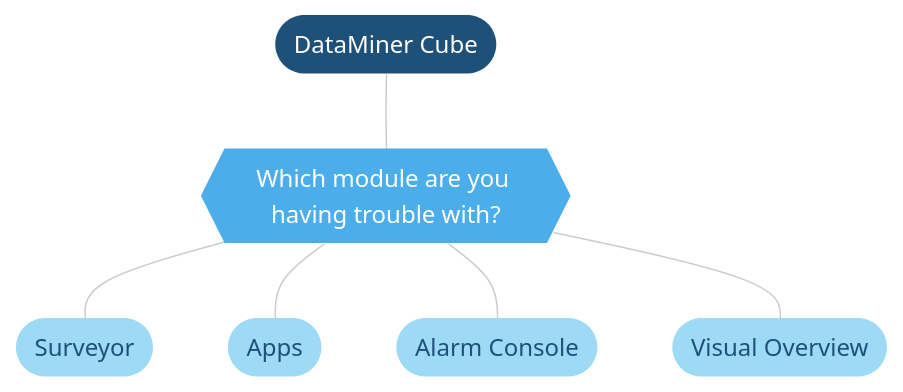
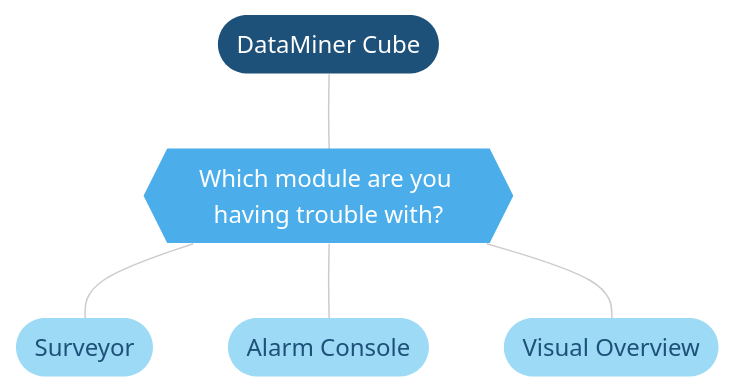
Before and after one commit to SkylineCommunications/dataminer-docs: the diagram in dataminer/Troubleshooting/Troubleshooting_Flowcharts/Troubleshooting_Identify_Per_Module/Troubleshooting_Identify_Per_Module.md, drawn with Mermaid. The commit also changed other lines of this file and 113 other files, not shown here.

````diff
--- a/dataminer/Troubleshooting/Troubleshooting_Flowcharts/Troubleshooting_Identify_Per_Module/Troubleshooting_Identify_Per_Module.md
+++ b/dataminer/Troubleshooting/Troubleshooting_Flowcharts/Troubleshooting_Identify_Per_Module/Troubleshooting_Identify_Per_Module.md
@@ -12,34 +12,31 @@
 ```mermaid
 flowchart TD
 %% Define styles %%
 linkStyle default stroke:#cccccc
 classDef classTerminal fill:#1e5179,stroke:#1e5179,color:#ffffff,stroke-width:0px;
 classDef classDecision fill:#4baeea,stroke:#4baeea,color:#ffffff,stroke-width:0px;
 classDef classExternalRef fill:#9ddaf5,stroke:#9ddaf5,color:#1E5179,stroke-width:0px;
 classDef classActionClickable fill:#999999,stroke:#999999,color:#ffffff,stroke-width:0px;
 classDef classAction fill:#dddddd,stroke:#dddddd,color:#1E5179,stroke-width:0px;
 classDef classSolution fill:#58595b,stroke:#58595b,color:#ffffff,stroke-width:0px;
 %% Define blocks %%
 START([DataMiner Cube])
 ModuleDefinition{{Which module are you having trouble with? }}
-Apps([Apps])
 Surveyor([Surveyor])
 AlarmConsole([Alarm Console])
 VisualOverview([Visual Overview])
 %% Connect blocks %%
 START --- ModuleDefinition
 ModuleDefinition --- Surveyor
-ModuleDefinition --- Apps
 ModuleDefinition --- AlarmConsole
 ModuleDefinition --- VisualOverview
 %% Define hyperlinks %%
-click Apps "/dataminer/Troubleshooting/Troubleshooting_Flowcharts/Troubleshooting_Identify_Per_Module/Apps/Troubleshooting_Apps.html" "Apps"
 click Surveyor "/dataminer/Troubleshooting/Troubleshooting_Flowcharts/Troubleshooting_Identify_Per_Module/Surveyor/Troubleshooting_Surveyor.html" "Surveyor"
 click AlarmConsole "/dataminer/Troubleshooting/Troubleshooting_Flowcharts/Troubleshooting_Identify_Per_Module/Alarm_Console/Troubleshooting_Alarm_Console.html" "Alarm Console"
 click VisualOverview "/dataminer/Troubleshooting/Troubleshooting_Flowcharts/Troubleshooting_Identify_Per_Module/Visual_Overview/Troubleshooting_Visual_Overview.html" "Visual Overview"
 %% Apply styles to blocks %%
 class START classTerminal;
-class AlarmConsole,Surveyor,Apps,VisualOverview classExternalRef;
+class AlarmConsole,Surveyor,VisualOverview classExternalRef;
 %%class classActionClickable;
 class ModuleDefinition classDecision;
 ```
````
